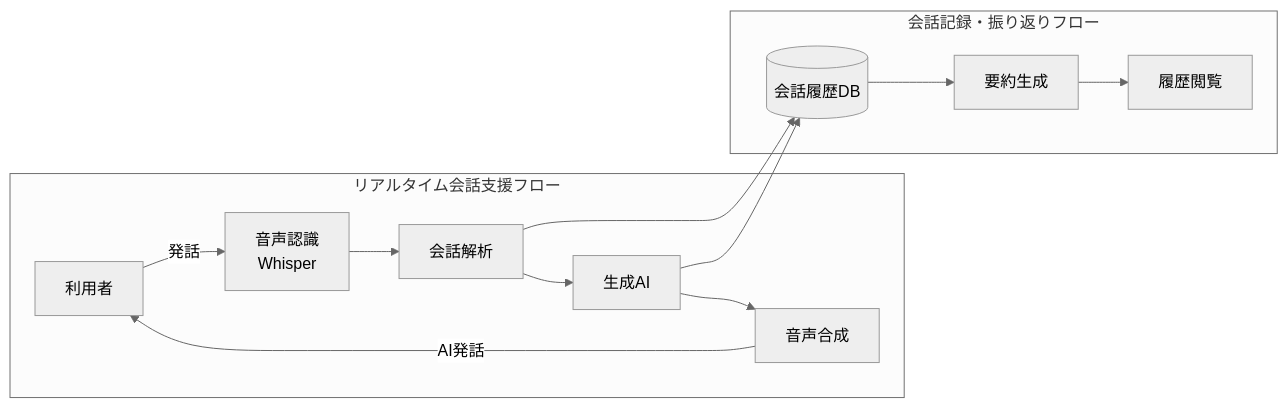
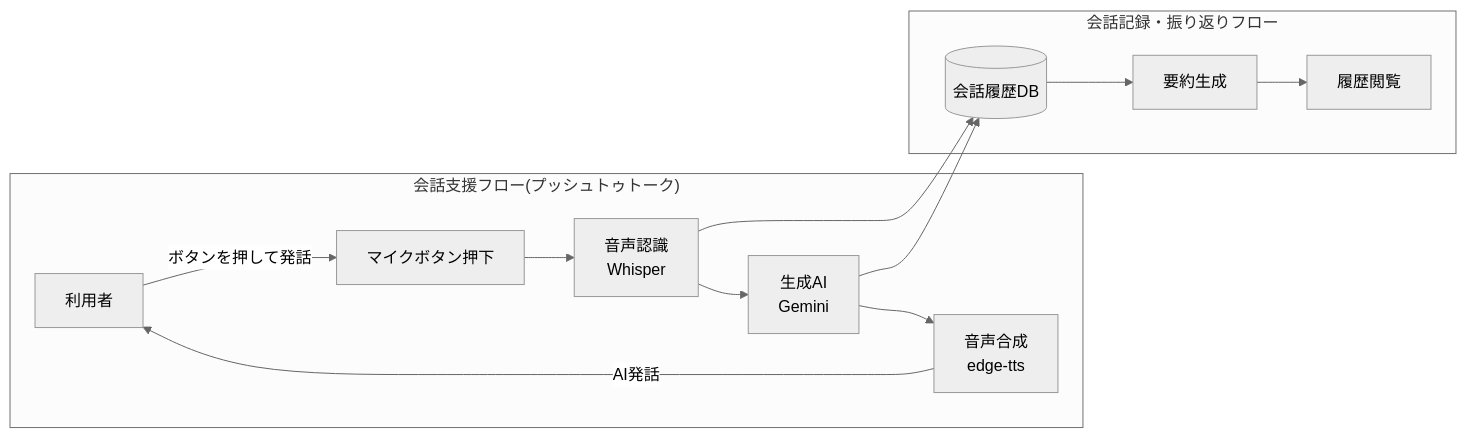
The diagram in docs/要件定義.md (KaichoHarry/talk-seed), drawn with Mermaid (neutral theme) before and after one commit. The commit also changed other lines of this file and 27 other files, not shown here.

````diff
--- a/docs/要件定義.md
+++ b/docs/要件定義.md
@@ -70,29 +70,29 @@
 ```mermaid
 flowchart LR
 
-    subgraph Conversation["リアルタイム会話支援フロー"]
+    subgraph Conversation["会話支援フロー(プッシュトゥトーク)"]
         U[利用者]
+        BTN[マイクボタン押下]
         STT[音声認識<br>Whisper]
-        ANA[会話解析]
-        AI[生成AI]
-        TTS[音声合成]
+        AI[生成AI<br>Gemini]
+        TTS[音声合成<br>edge-tts]
 
-        U -->|発話| STT
-        STT --> ANA
-        ANA --> AI
+        U -->|ボタンを押して発話| BTN
+        BTN --> STT
+        STT --> AI
         AI --> TTS
         TTS -->|AI発話| U
     end
 
     subgraph History["会話記録・振り返りフロー"]
         DB[(会話履歴DB)]
         SUM[要約生成]
         VIEW[履歴閲覧]
 
         DB --> SUM
         SUM --> VIEW
     end
 
-    ANA --> DB
+    STT --> DB
     AI --> DB
 ```
````
